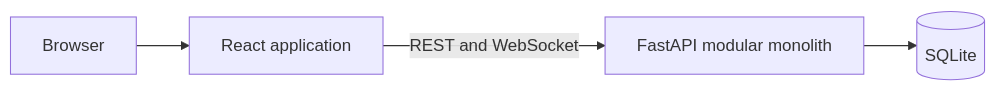
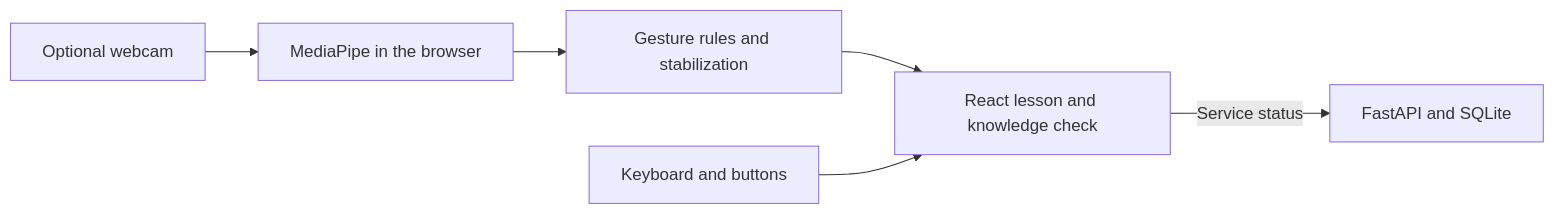
Before and after one commit to elementary1645/SignSpeak-UnlockED: the diagram in README.md, drawn with Mermaid. The commit also changed other lines of this file and 18 other files, not shown here.

````diff
--- a/README.md
+++ b/README.md
@@ -18,6 +15,8 @@
 ```mermaid
 flowchart LR
-    User[Browser] --> UI[React application]
-    UI -->|REST and WebSocket| API[FastAPI modular monolith]
-    API --> DB[(SQLite)]
+    Camera[Optional webcam] --> Landmarks[MediaPipe in the browser]
+    Landmarks --> Rules[Gesture rules and stabilization]
+    Rules --> UI[React lesson and knowledge check]
+    Controls[Keyboard and buttons] --> UI
+    UI -->|Service status| API[FastAPI and SQLite]
 ```
````
